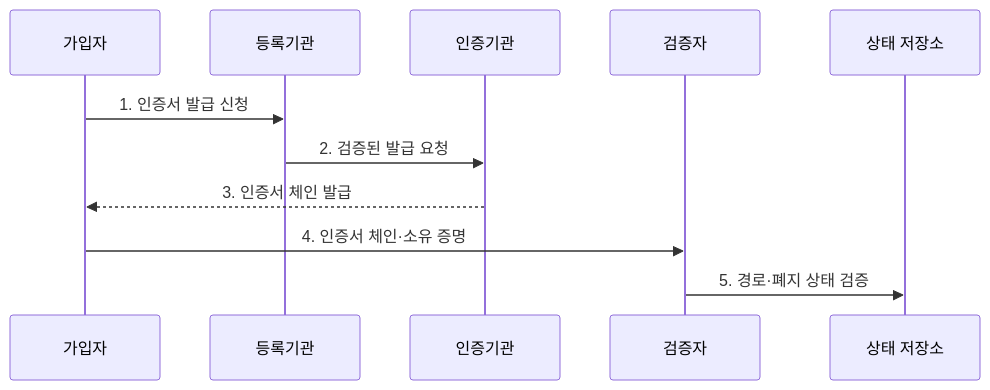
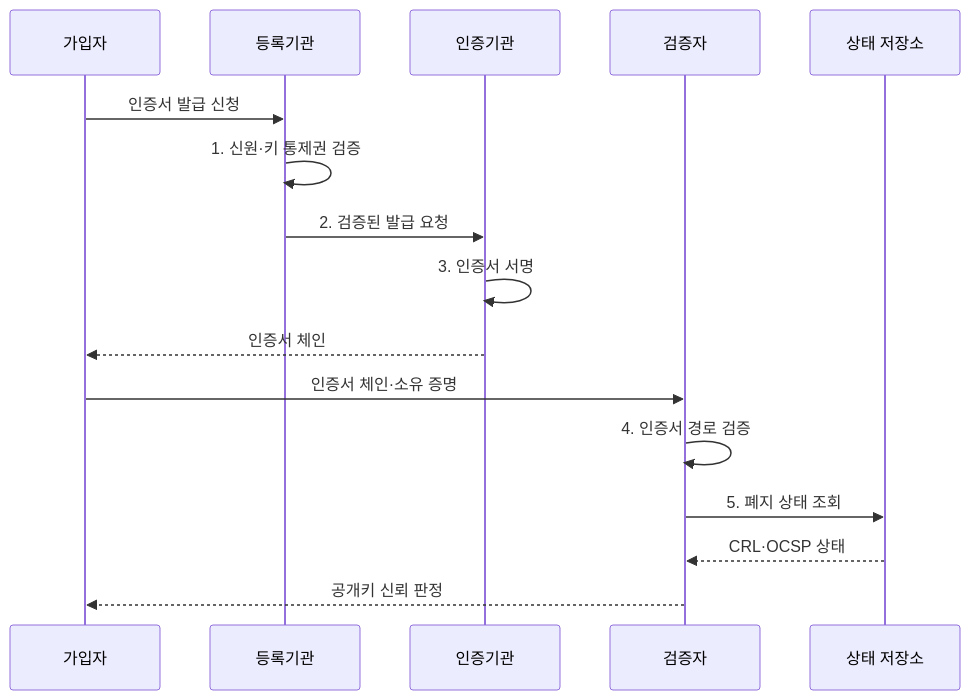
The second of 2 diagrams in src/content/docs/notes/05-security/007_public_key_infrastructure.md (agnusdei1207/knowledge-base), drawn with Mermaid before and after one commit. The commit also changed other lines of this file and 20 other files, not shown here.

````diff
--- a/src/content/docs/notes/05-security/007_public_key_infrastructure.md
+++ b/src/content/docs/notes/05-security/007_public_key_infrastructure.md
@@ -90,13 +90,18 @@
 ```mermaid
 sequenceDiagram
     participant S as 가입자
     participant R as 등록기관
     participant C as 인증기관
     participant V as 검증자
     participant P as 상태 저장소
-    S->>R: 1. 인증서 발급 신청
+    S->>R: 인증서 발급 신청
+    R->>R: 1. 신원·키 통제권 검증
     R->>C: 2. 검증된 발급 요청
-    C-->>S: 3. 인증서 체인 발급
-    S->>V: 4. 인증서 체인·소유 증명
-    V->>P: 5. 경로·폐지 상태 검증
+    C->>C: 3. 인증서 서명
+    C-->>S: 인증서 체인
+    S->>V: 인증서 체인·소유 증명
+    V->>V: 4. 인증서 경로 검증
+    V->>P: 5. 폐지 상태 조회
+    P-->>V: CRL·OCSP 상태
+    V-->>S: 공개키 신뢰 판정
 ```
````
